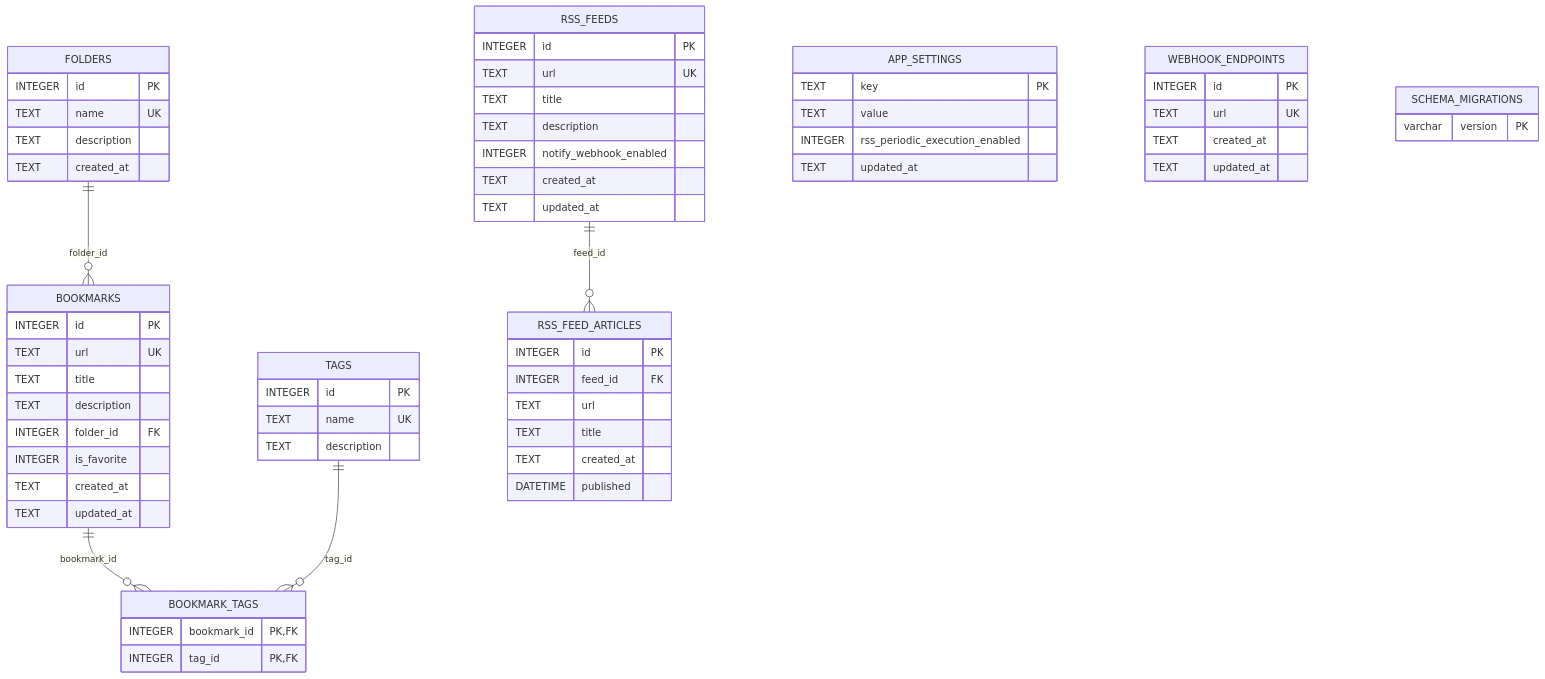
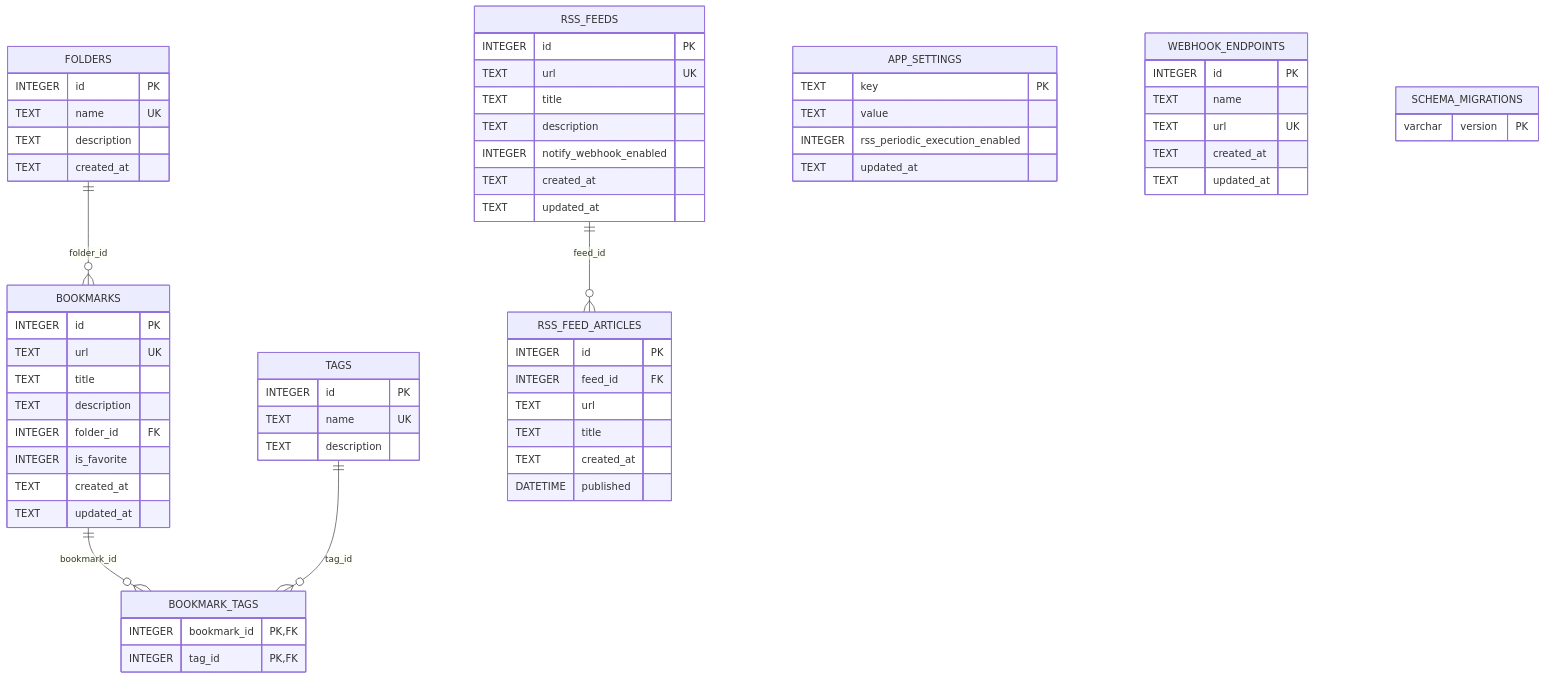
Before and after one commit to Kai17-a/shiori-keeper: the diagram in specs/architecture/data-model.md, drawn with Mermaid. The commit also changed 20 other files, not shown here.

````diff
--- a/specs/architecture/data-model.md
+++ b/specs/architecture/data-model.md
@@ -8,73 +8,74 @@
 ```mermaid
 erDiagram
     FOLDERS ||--o{ BOOKMARKS : "folder_id"
     BOOKMARKS ||--o{ BOOKMARK_TAGS : "bookmark_id"
     TAGS ||--o{ BOOKMARK_TAGS : "tag_id"
     RSS_FEEDS ||--o{ RSS_FEED_ARTICLES : "feed_id"
 
     FOLDERS {
         INTEGER id PK
         TEXT name UK
         TEXT description
         TEXT created_at
     }
 
     BOOKMARKS {
         INTEGER id PK
         TEXT url UK
         TEXT title
         TEXT description
         INTEGER folder_id FK
         INTEGER is_favorite
         TEXT created_at
         TEXT updated_at
     }
 
     TAGS {
         INTEGER id PK
         TEXT name UK
         TEXT description
     }
 
     BOOKMARK_TAGS {
         INTEGER bookmark_id PK, FK
         INTEGER tag_id PK, FK
     }
 
     RSS_FEEDS {
         INTEGER id PK
         TEXT url UK
         TEXT title
         TEXT description
         INTEGER notify_webhook_enabled
         TEXT created_at
         TEXT updated_at
     }
 
     RSS_FEED_ARTICLES {
         INTEGER id PK
         INTEGER feed_id FK
         TEXT url
         TEXT title
         TEXT created_at
         DATETIME published
     }
 
     APP_SETTINGS {
         TEXT key PK
         TEXT value
         INTEGER rss_periodic_execution_enabled
         TEXT updated_at
     }
 
     WEBHOOK_ENDPOINTS {
         INTEGER id PK
+        TEXT name
         TEXT url UK
         TEXT created_at
         TEXT updated_at
     }
 
     SCHEMA_MIGRATIONS {
         varchar version PK
     }
 ```
````
